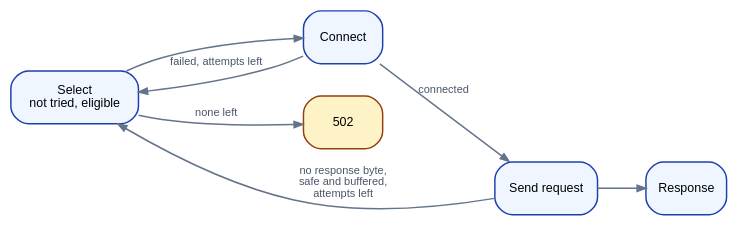
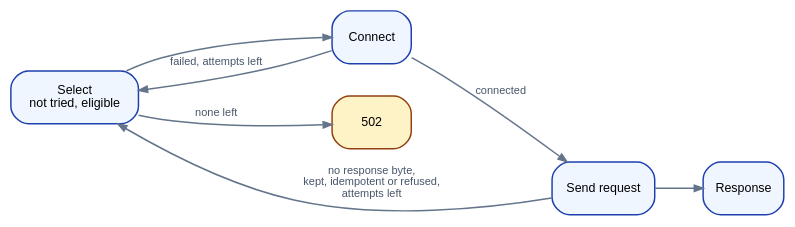
Before and after one commit to insanai/sibuna: the first of 2 diagrams in docs/sid/records/0019-traffic-policy.rst, drawn with Graphviz. The commit also changed other lines of this file and 1 other file, not shown here.

```diff
--- a/docs/sid/records/0019-traffic-policy.rst
+++ b/docs/sid/records/0019-traffic-policy.rst
@@ -192,20 +192,20 @@
 .. graphviz::
    :caption: One request and its attempts. A server is tried once, and the count of attempts is bounded.
    :alt: A request selects a server. A failed connect, or a failed safe buffered request, selects another server that was not tried while attempts remain. Otherwise the client receives 502.
 
    digraph failover {
      graph [rankdir=LR, bgcolor="transparent", fontname="Helvetica", fontsize=9, nodesep=0.3, ranksep=0.45];
      node [shape=box, style="rounded,filled", fontname="Helvetica", fontsize=8.5, fillcolor="#eff6ff", color="#1e40af", penwidth=1.0, margin="0.1,0.05"];
      edge [color="#64748b", fontname="Helvetica", fontsize=7.5, fontcolor="#475569", arrowsize=0.6];
      select [label="Select\nnot tried, eligible"];
      connect [label="Connect"];
      send [label="Send request"];
      done [label="Response"];
      fail [label="502", fillcolor="#fef3c7", color="#92400e"];
      select -> connect;
      connect -> send [label="connected"];
      send -> done;
      connect -> select [label="failed, attempts left"];
-     send -> select [label="no response byte,\nsafe and buffered,\nattempts left"];
+     send -> select [label="no response byte,\nkept, idempotent or refused,\nattempts left"];
      select -> fail [label="none left"];
    }
```
